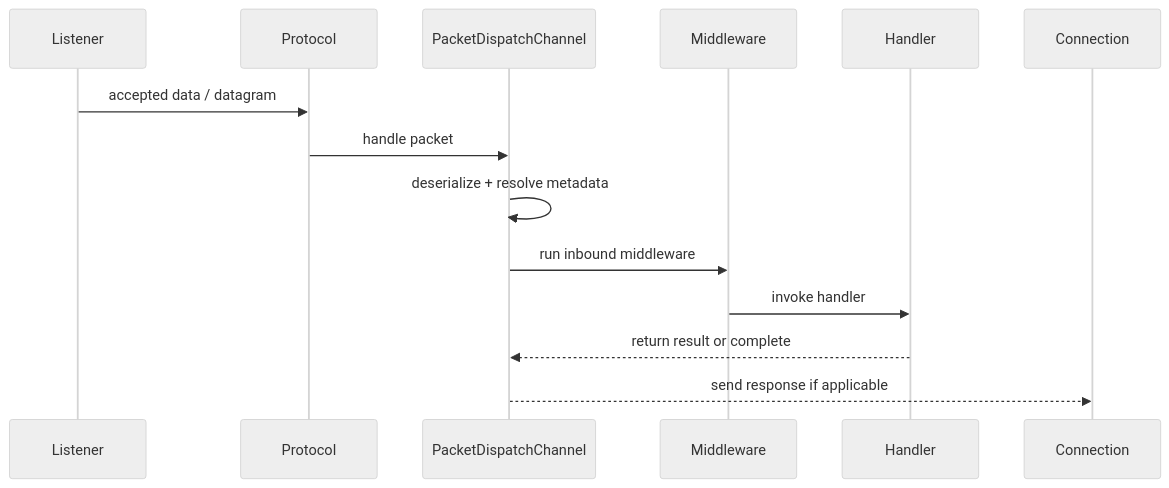
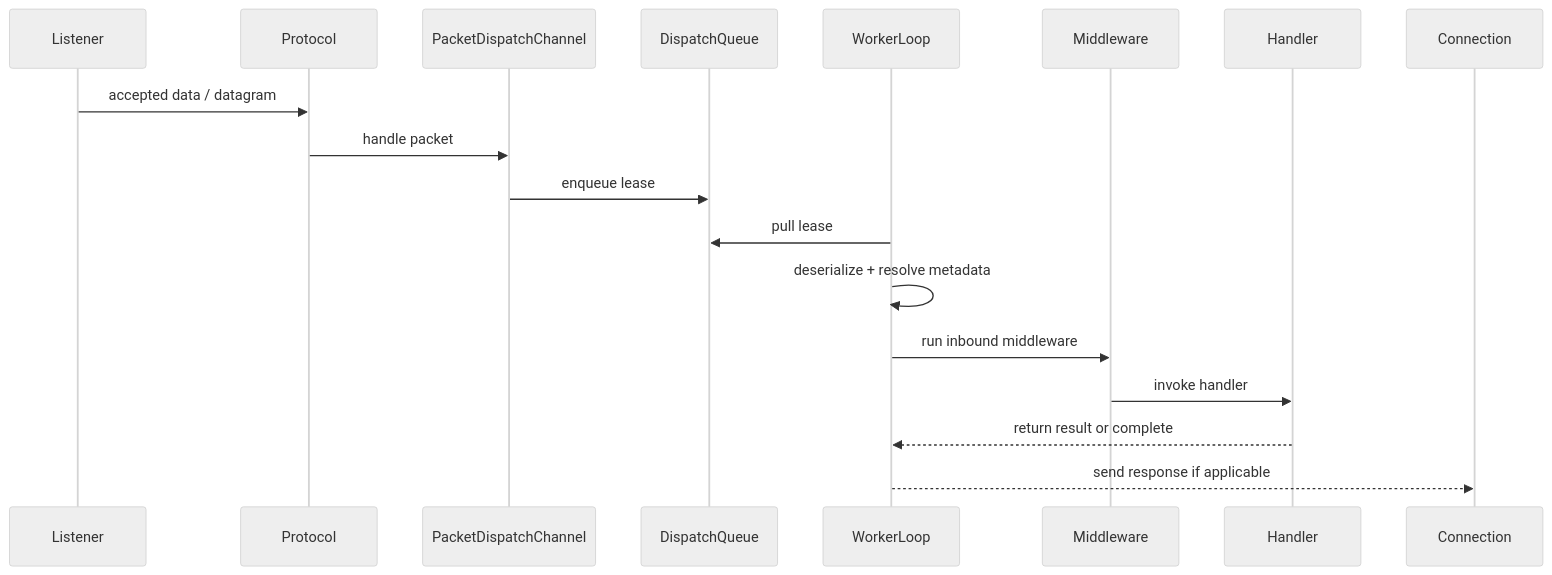
The second of 2 diagrams in docs/concepts/architecture.md (ppn-systems/nalix-docs), drawn with Mermaid (neutral theme) before and after one commit. The commit also changed other lines of this file and 30 other files, not shown here.

````diff
--- a/docs/concepts/architecture.md
+++ b/docs/concepts/architecture.md
@@ -87,17 +90,21 @@
 ```mermaid
 sequenceDiagram
     participant L as Listener
     participant P as Protocol
     participant D as PacketDispatchChannel
+    participant Q as DispatchQueue
+    participant W as WorkerLoop
     participant M as Middleware
     participant H as Handler
     participant C as Connection
 
     L->>P: accepted data / datagram
     P->>D: handle packet
-    D->>D: deserialize + resolve metadata
-    D->>M: run inbound middleware
+    D->>Q: enqueue lease
+    W->>Q: pull lease
+    W->>W: deserialize + resolve metadata
+    W->>M: run inbound middleware
     M->>H: invoke handler
-    H-->>D: return result or complete
-    D-->>C: send response if applicable
+    H-->>W: return result or complete
+    W-->>C: send response if applicable
 ```
````
